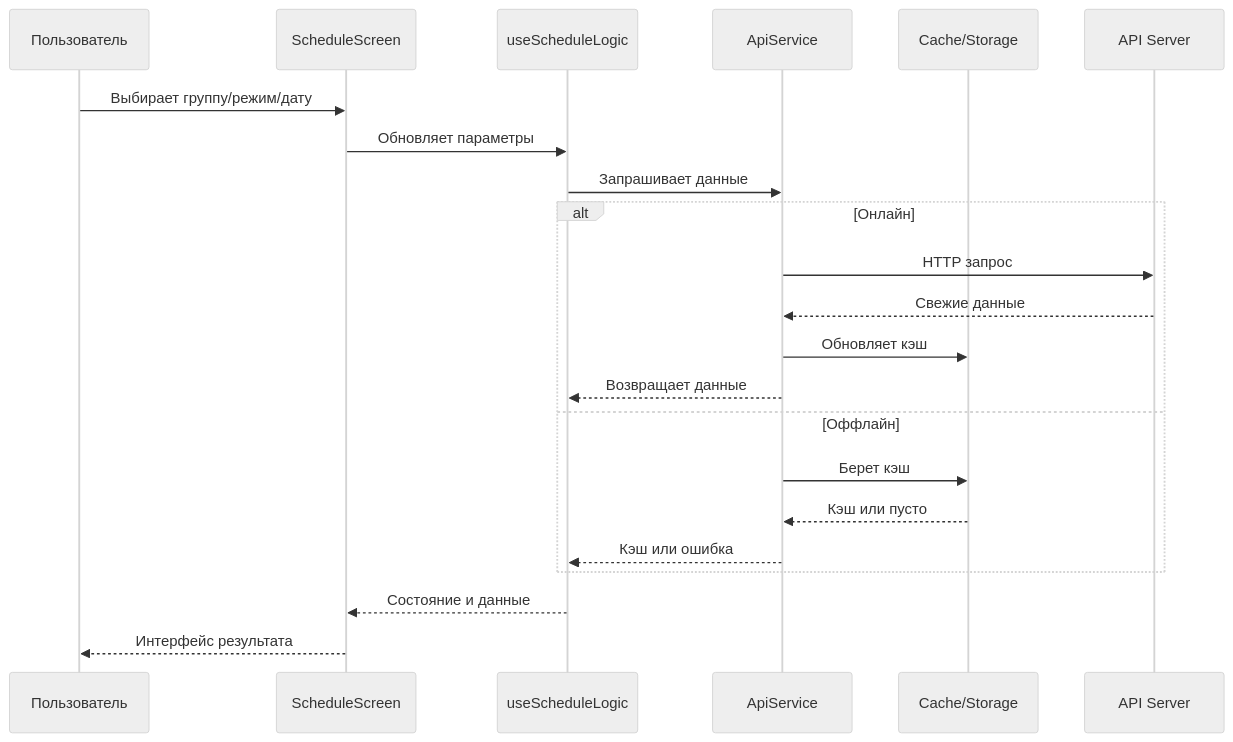
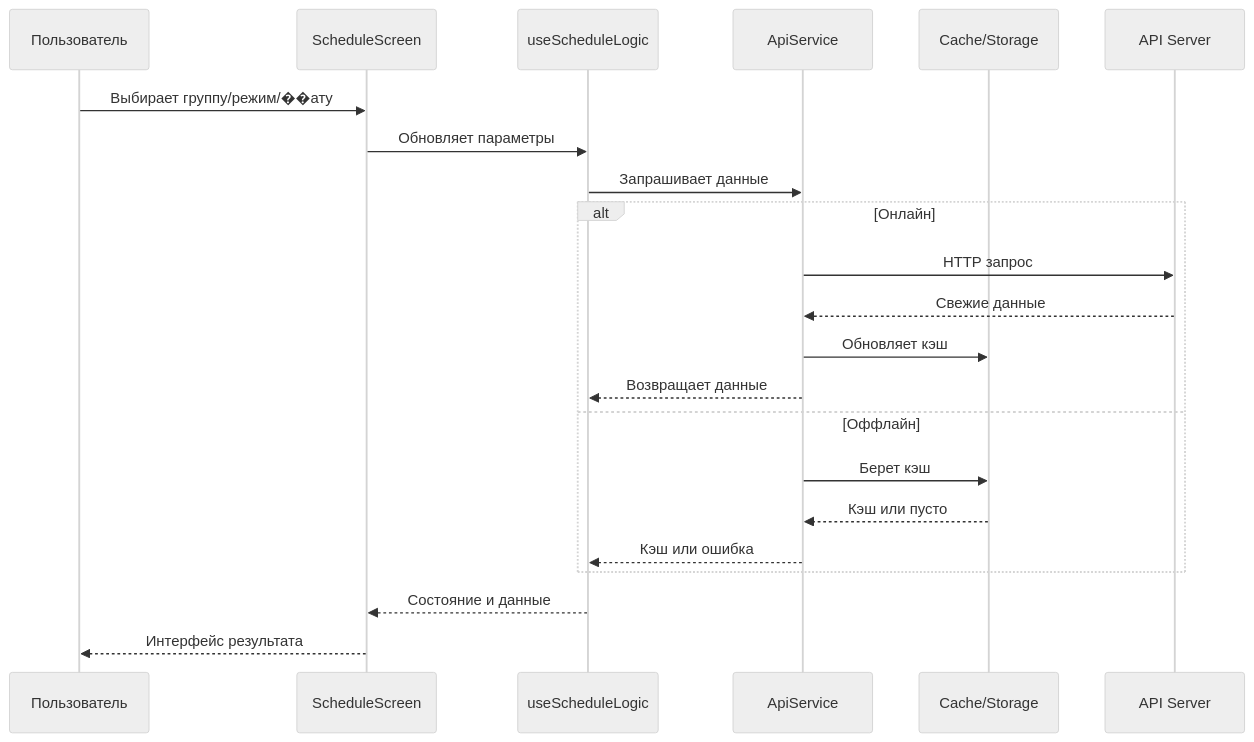
One commit to PRO100BYTE/MyKHSU changed the second of 5 diagrams in docs/diagrams.md. Above: the diagram before and after it, drawn with Mermaid (neutral theme). The commit also changed other lines of this file and 34 other files, not shown here.

````diff
--- a/docs/diagrams.md
+++ b/docs/diagrams.md
@@ -52,25 +70,25 @@
 ```mermaid
 sequenceDiagram
     participant User as Пользователь
     participant Screen as ScheduleScreen
     participant Hook as useScheduleLogic
     participant Api as ApiService
     participant Storage as Cache/Storage
     participant Remote as API Server
 
-    User->>Screen: Выбирает группу/режим/дату
+    User->>Screen: Выбирает группу/режим/��ату
     Screen->>Hook: Обновляет параметры
     Hook->>Api: Запрашивает данные
     alt Онлайн
         Api->>Remote: HTTP запрос
         Remote-->>Api: Свежие данные
         Api->>Storage: Обновляет кэш
         Api-->>Hook: Возвращает данные
     else Оффлайн
         Api->>Storage: Берет кэш
         Storage-->>Api: Кэш или пусто
         Api-->>Hook: Кэш или ошибка
     end
     Hook-->>Screen: Состояние и данные
     Screen-->>User: Интерфейс результата
 ```
````
